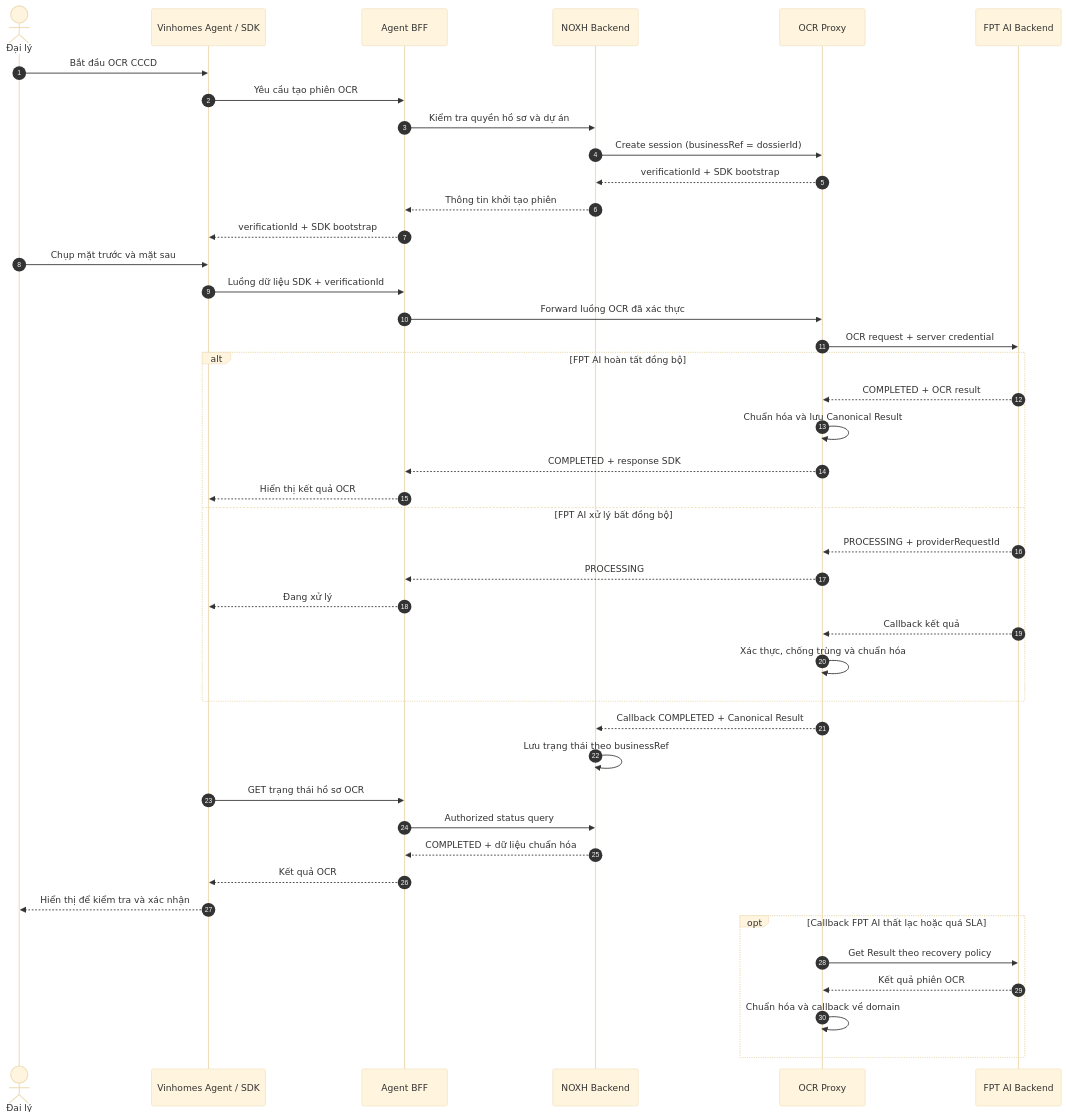
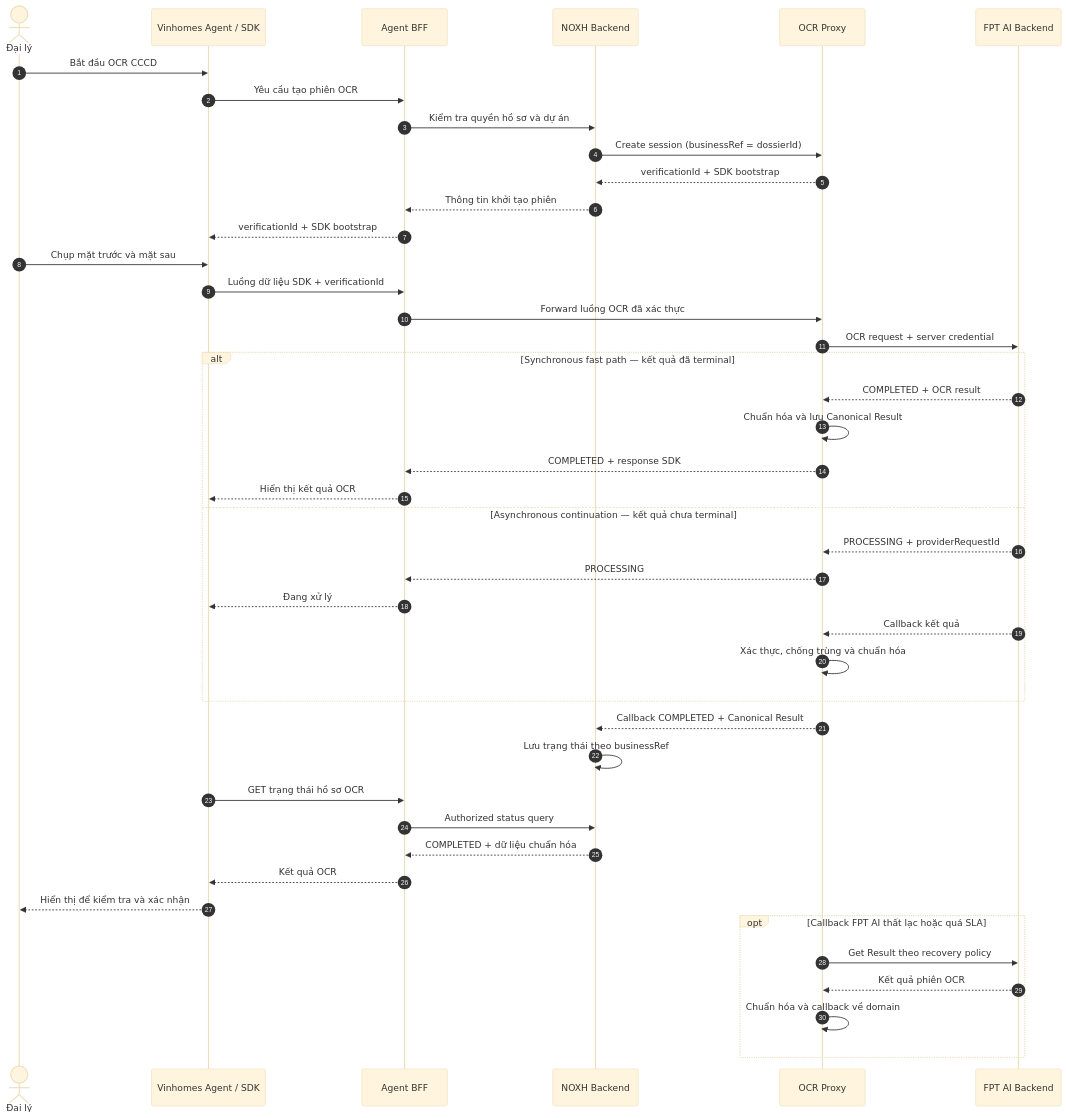
One commit to huynv-xyz/vhm changed the second of 9 diagrams in noxh.md. Above: the diagram before and after it, drawn with Mermaid (base theme). The commit also changed other lines of this file, not shown here.

````diff
--- a/noxh.md
+++ b/noxh.md
@@ -187,50 +187,50 @@
 ```mermaid
 sequenceDiagram
     autonumber
     actor DL as Đại lý
     participant APP as Vinhomes Agent / SDK
     participant BFF as Agent BFF
     participant NOXH as NOXH Backend
     participant OCR as OCR Proxy
     participant FPT as FPT AI Backend
 
     DL->>APP: Bắt đầu OCR CCCD
     APP->>BFF: Yêu cầu tạo phiên OCR
     BFF->>NOXH: Kiểm tra quyền hồ sơ và dự án
     NOXH->>OCR: Create session (businessRef = dossierId)
     OCR-->>NOXH: verificationId + SDK bootstrap
     NOXH-->>BFF: Thông tin khởi tạo phiên
     BFF-->>APP: verificationId + SDK bootstrap
 
     DL->>APP: Chụp mặt trước và mặt sau
     APP->>BFF: Luồng dữ liệu SDK + verificationId
     BFF->>OCR: Forward luồng OCR đã xác thực
     OCR->>FPT: OCR request + server credential
 
-    alt FPT AI hoàn tất đồng bộ
+    alt Synchronous fast path — kết quả đã terminal
         FPT-->>OCR: COMPLETED + OCR result
         OCR->>OCR: Chuẩn hóa và lưu Canonical Result
         OCR-->>BFF: COMPLETED + response SDK
         BFF-->>APP: Hiển thị kết quả OCR
-    else FPT AI xử lý bất đồng bộ
+    else Asynchronous continuation — kết quả chưa terminal
         FPT-->>OCR: PROCESSING + providerRequestId
         OCR-->>BFF: PROCESSING
         BFF-->>APP: Đang xử lý
         FPT-->>OCR: Callback kết quả
         OCR->>OCR: Xác thực, chống trùng và chuẩn hóa
     end
 
     OCR-->>NOXH: Callback COMPLETED + Canonical Result
     NOXH->>NOXH: Lưu trạng thái theo businessRef
     APP->>BFF: GET trạng thái hồ sơ OCR
     BFF->>NOXH: Authorized status query
     NOXH-->>BFF: COMPLETED + dữ liệu chuẩn hóa
     BFF-->>APP: Kết quả OCR
     APP-->>DL: Hiển thị để kiểm tra và xác nhận
 
     opt Callback FPT AI thất lạc hoặc quá SLA
         OCR->>FPT: Get Result theo recovery policy
         FPT-->>OCR: Kết quả phiên OCR
         OCR->>OCR: Chuẩn hóa và callback về domain
     end
 ```
````
